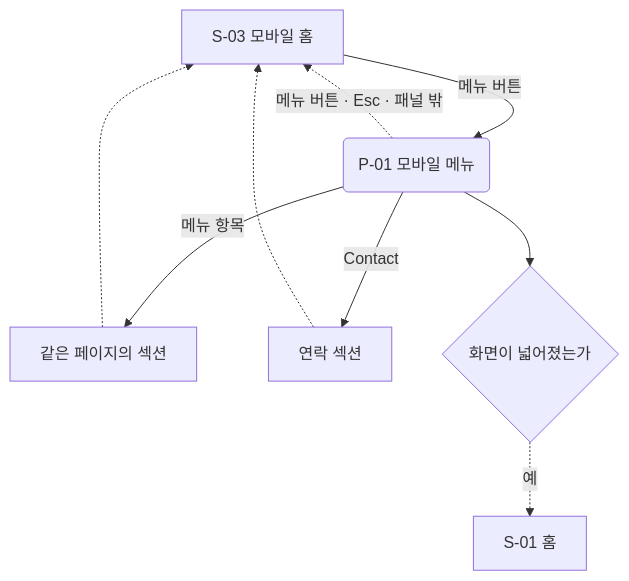
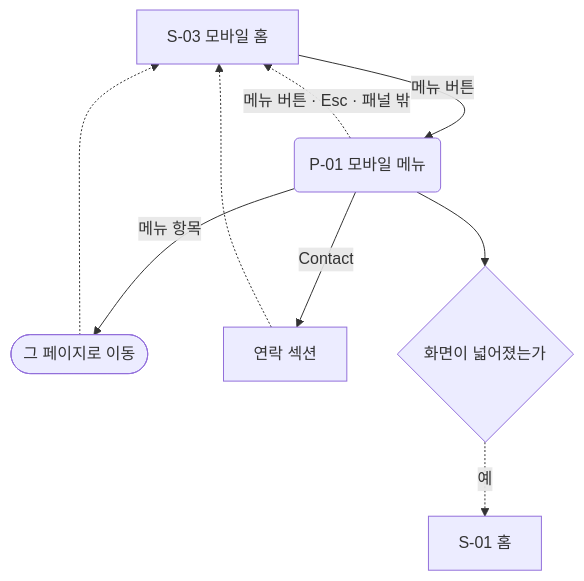
The fifth of 5 diagrams in docs/plan/home/userflow.md (GUNIZZI/portfolio), drawn with Mermaid before and after one commit. The commit also changed other lines of this file and 15 other files, not shown here.

````diff
--- a/docs/plan/home/userflow.md
+++ b/docs/plan/home/userflow.md
@@ -72,11 +74,11 @@
 ```mermaid
 flowchart TD
     H["S-03 모바일 홈"]:::screen -->|"메뉴 버튼"| M("P-01 모바일 메뉴"):::dialog
-    M -->|"메뉴 항목"| SEC["같은 페이지의 섹션"]:::step
+    M -->|"메뉴 항목"| SEC(["그 페이지로 이동"]):::done
     M -->|"Contact"| C["연락 섹션"]:::step
     M -.->|"메뉴 버튼 · Esc · 패널 밖"| H
     M --> W{"화면이 넓어졌는가"}:::decision
     W -.->|"예"| D["S-01 홈"]:::screen
     SEC -.-> H
     C -.-> H
 ```
````
